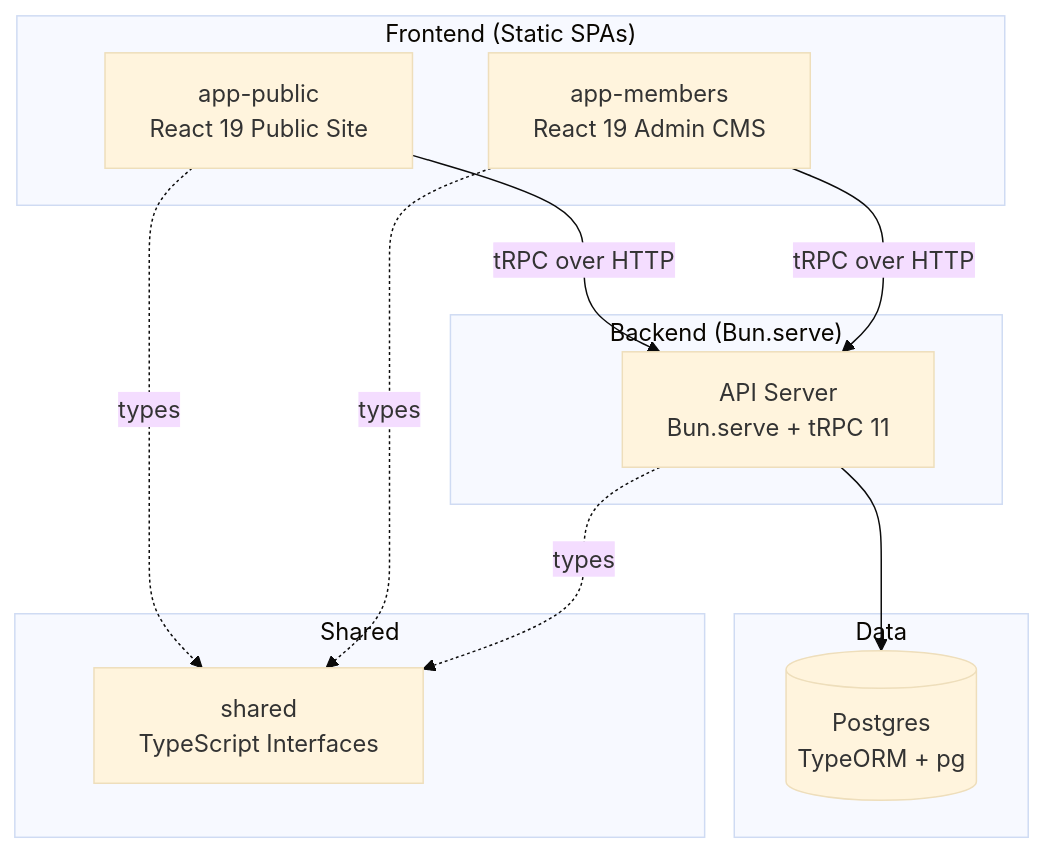
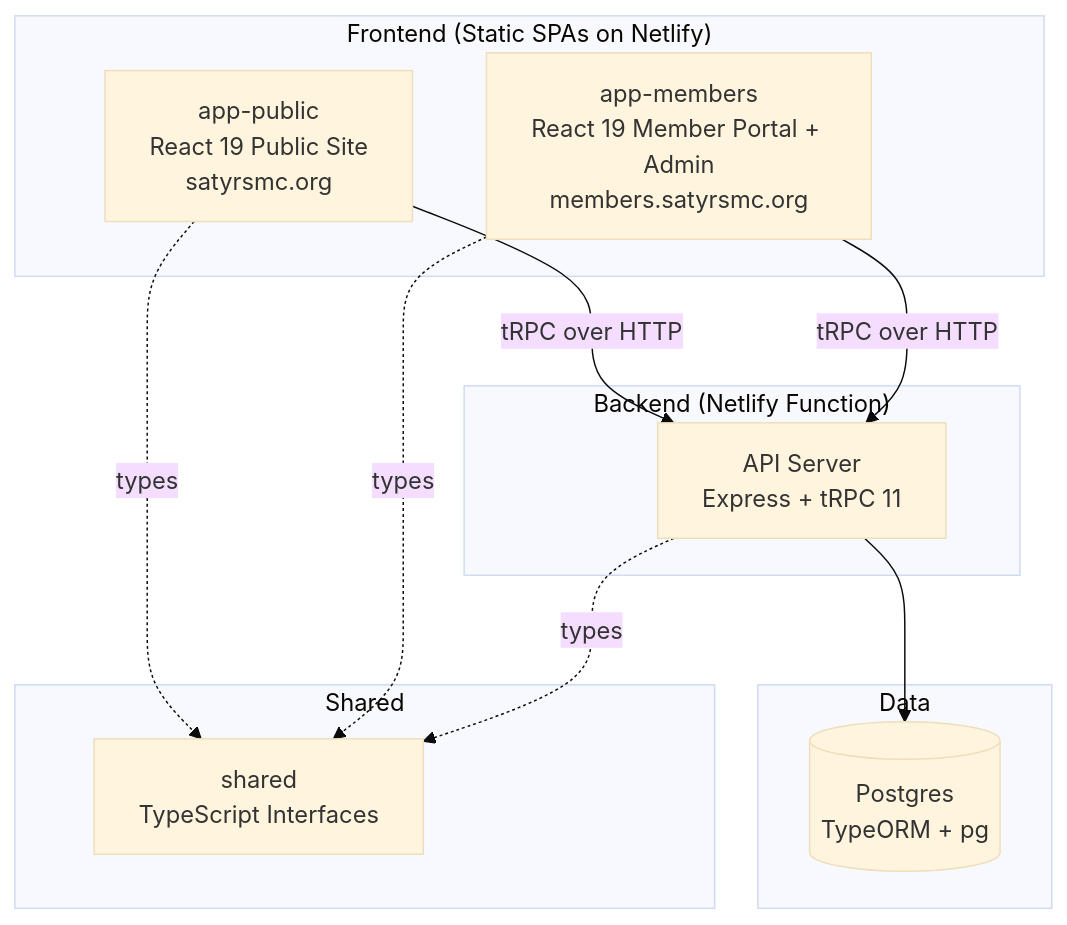
The diagram in CONTRIBUTING.md (lordnynex/satyrsmc), drawn with Mermaid (base theme) before and after one commit. The commit also changed other lines of this file and 182 other files, not shown here.

````diff
--- a/CONTRIBUTING.md
+++ b/CONTRIBUTING.md
@@ -5,26 +5,26 @@
 ```mermaid
 graph TB
-    subgraph "Frontend (Static SPAs)"
-        PUB[app-public<br/>React 19 Public Site]
-        ADM[app-members<br/>React 19 Admin CMS]
+    subgraph "Frontend (Static SPAs on Netlify)"
+        PUB[app-public<br/>React 19 Public Site<br/>satyrsmc.org]
+        ADM[app-members<br/>React 19 Member Portal + Admin<br/>members.satyrsmc.org]
     end
 
-    subgraph "Backend (Bun.serve)"
-        API[API Server<br/>Bun.serve + tRPC 11]
+    subgraph "Backend (Netlify Function)"
+        API[API Server<br/>Express + tRPC 11]
     end
 
     subgraph "Data"
         DB[(Postgres<br/>TypeORM + pg)]
     end
 
     subgraph "Shared"
         SH[shared<br/>TypeScript Interfaces]
     end
 
     PUB -->|tRPC over HTTP| API
     ADM -->|tRPC over HTTP| API
     API --> DB
     PUB -.->|types| SH
     ADM -.->|types| SH
     API -.->|types| SH
 ```
````
